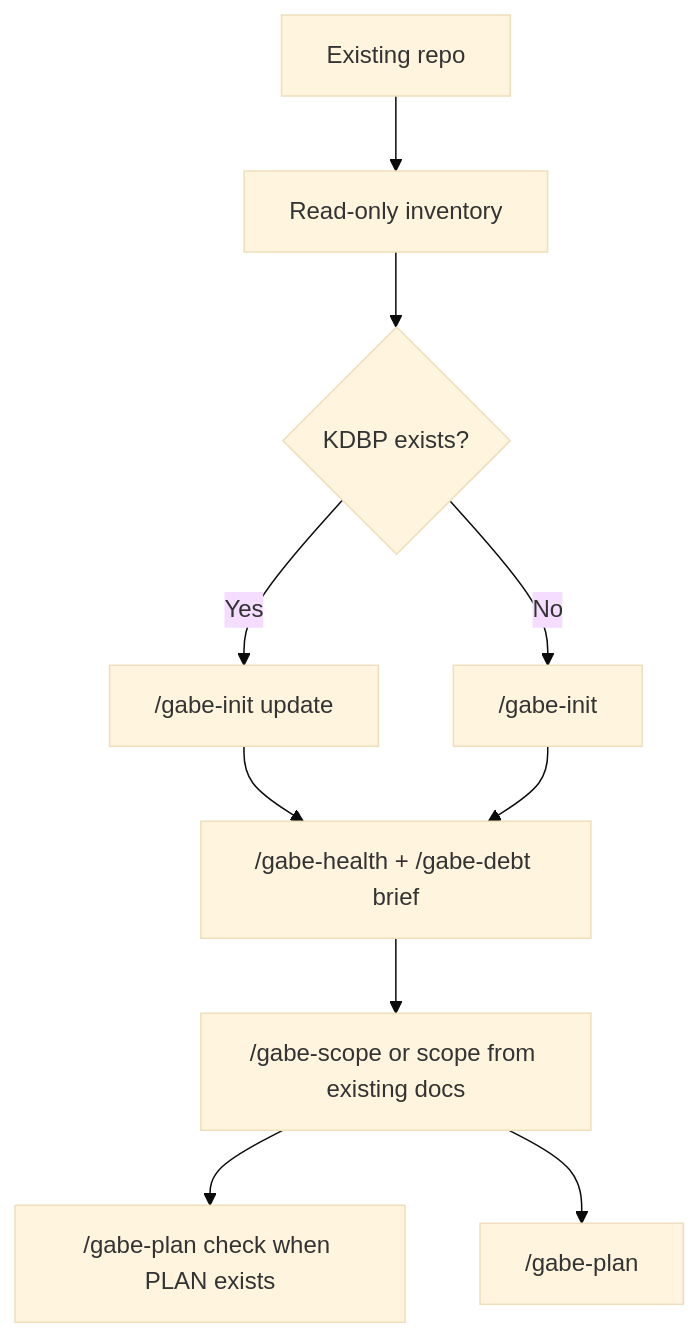
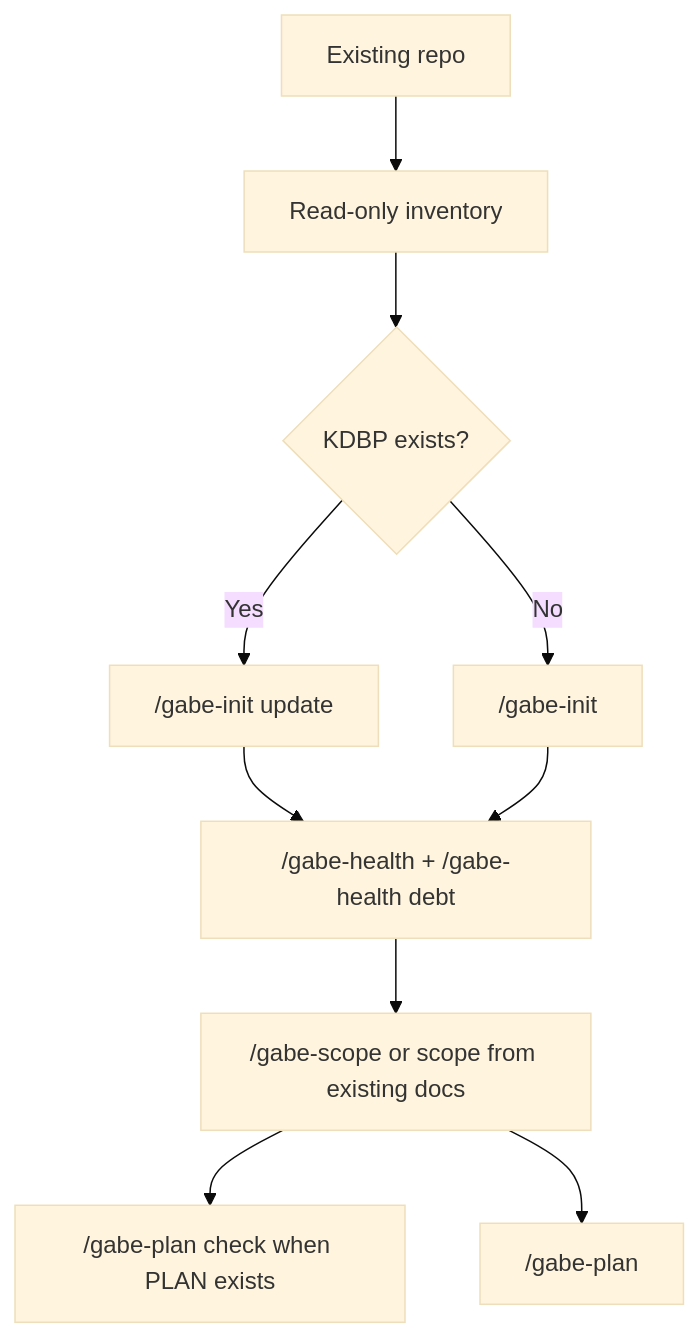
Before and after one commit to Brownbull/gabe-suite: the diagram in docs/workflows/brownfield.md, drawn with Mermaid (base theme). The commit also changed other lines of this file and 83 other files, not shown here.

````diff
--- a/docs/workflows/brownfield.md
+++ b/docs/workflows/brownfield.md
@@ -9,12 +9,12 @@
 ```mermaid
 flowchart TD
     Repo[Existing repo] --> Inventory[Read-only inventory]
     Inventory --> Init{"KDBP exists?"}
     Init -->|Yes| Update["/gabe-init update"]
     Init -->|No| Adopt["/gabe-init <name>"]
-    Update --> Baseline["/gabe-health + /gabe-debt brief"]
+    Update --> Baseline["/gabe-health + /gabe-health debt"]
     Adopt --> Baseline
     Baseline --> Scope["/gabe-scope or scope from existing docs"]
     Scope --> PlanCheck["/gabe-plan check when PLAN exists"]
     Scope --> Plan["/gabe-plan"]
 ```
````
